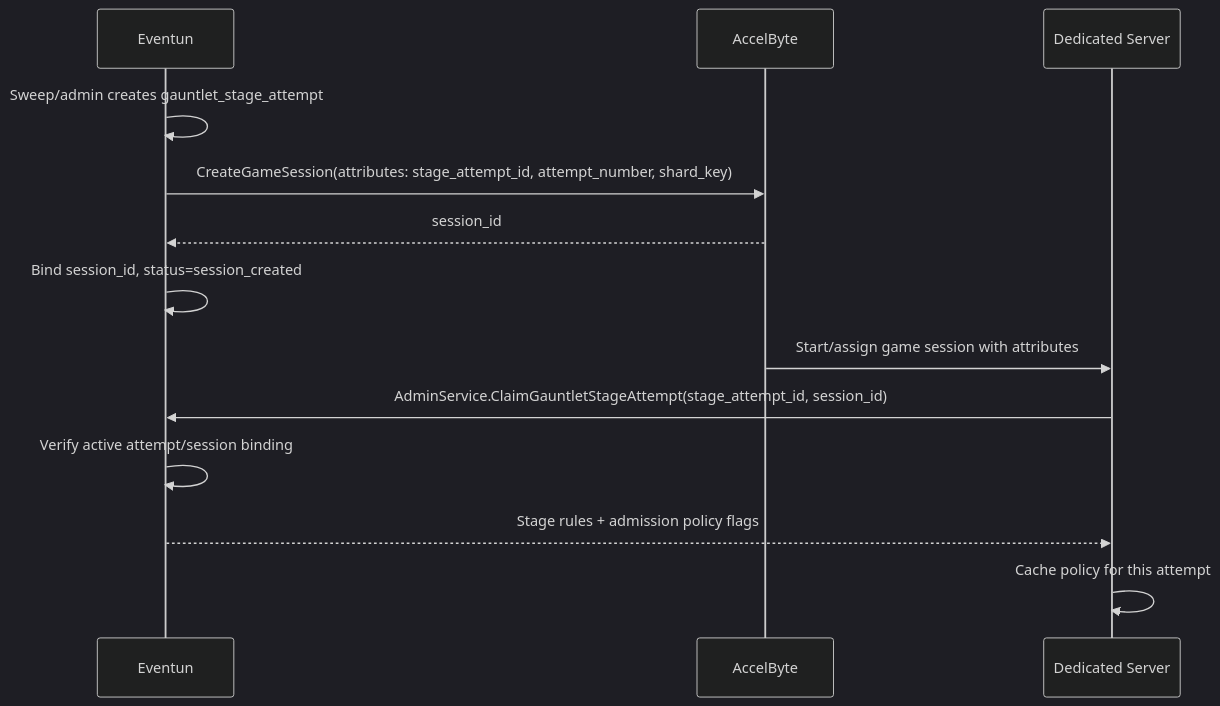
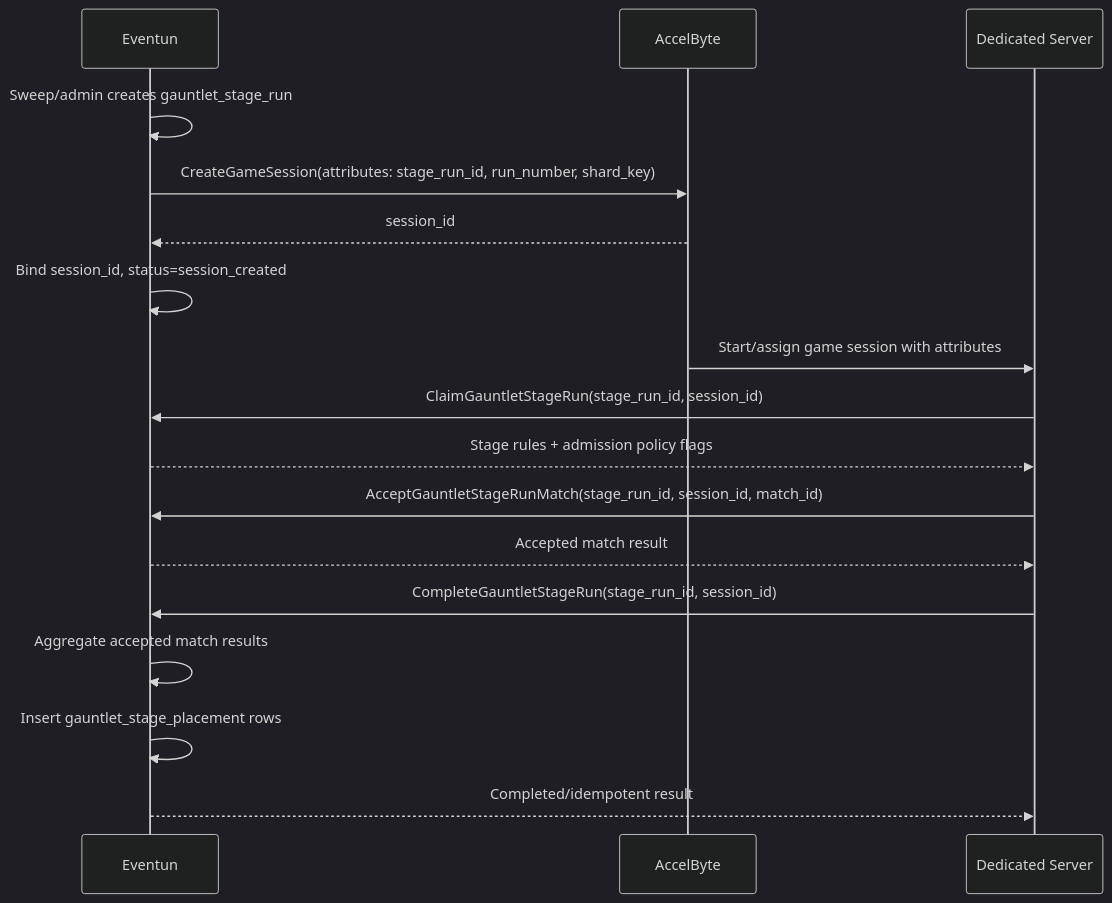
The diagram in 30_designs/ascent-rivals/gauntlet-stage-orchestration-improvements.md (clifforous/knowledge-base), drawn with Mermaid (dark theme) before and after one commit. The commit also changed other lines of this file and 7 other files, not shown here.

Commit message:
Update eventun gauntlet stage model with latest support for multi-match

````diff
--- a/30_designs/ascent-rivals/gauntlet-stage-orchestration-improvements.md
+++ b/30_designs/ascent-rivals/gauntlet-stage-orchestration-improvements.md
@@ -207,16 +229,20 @@
 ```mermaid
 sequenceDiagram
   participant Eventun
   participant AccelByte
   participant DS as Dedicated Server
 
-  Eventun->>Eventun: Sweep/admin creates gauntlet_stage_attempt
-  Eventun->>AccelByte: CreateGameSession(attributes: stage_attempt_id, attempt_number, shard_key)
+  Eventun->>Eventun: Sweep/admin creates gauntlet_stage_run
+  Eventun->>AccelByte: CreateGameSession(attributes: stage_run_id, run_number, shard_key)
   AccelByte-->>Eventun: session_id
   Eventun->>Eventun: Bind session_id, status=session_created
   AccelByte->>DS: Start/assign game session with attributes
-  DS->>Eventun: AdminService.ClaimGauntletStageAttempt(stage_attempt_id, session_id)
-  Eventun->>Eventun: Verify active attempt/session binding
+  DS->>Eventun: ClaimGauntletStageRun(stage_run_id, session_id)
   Eventun-->>DS: Stage rules + admission policy flags
-  DS->>DS: Cache policy for this attempt
+  DS->>Eventun: AcceptGauntletStageRunMatch(stage_run_id, session_id, match_id)
+  Eventun-->>DS: Accepted match result
+  DS->>Eventun: CompleteGauntletStageRun(stage_run_id, session_id)
+  Eventun->>Eventun: Aggregate accepted match results
+  Eventun->>Eventun: Insert gauntlet_stage_placement rows
+  Eventun-->>DS: Completed/idempotent result
 ```
````
